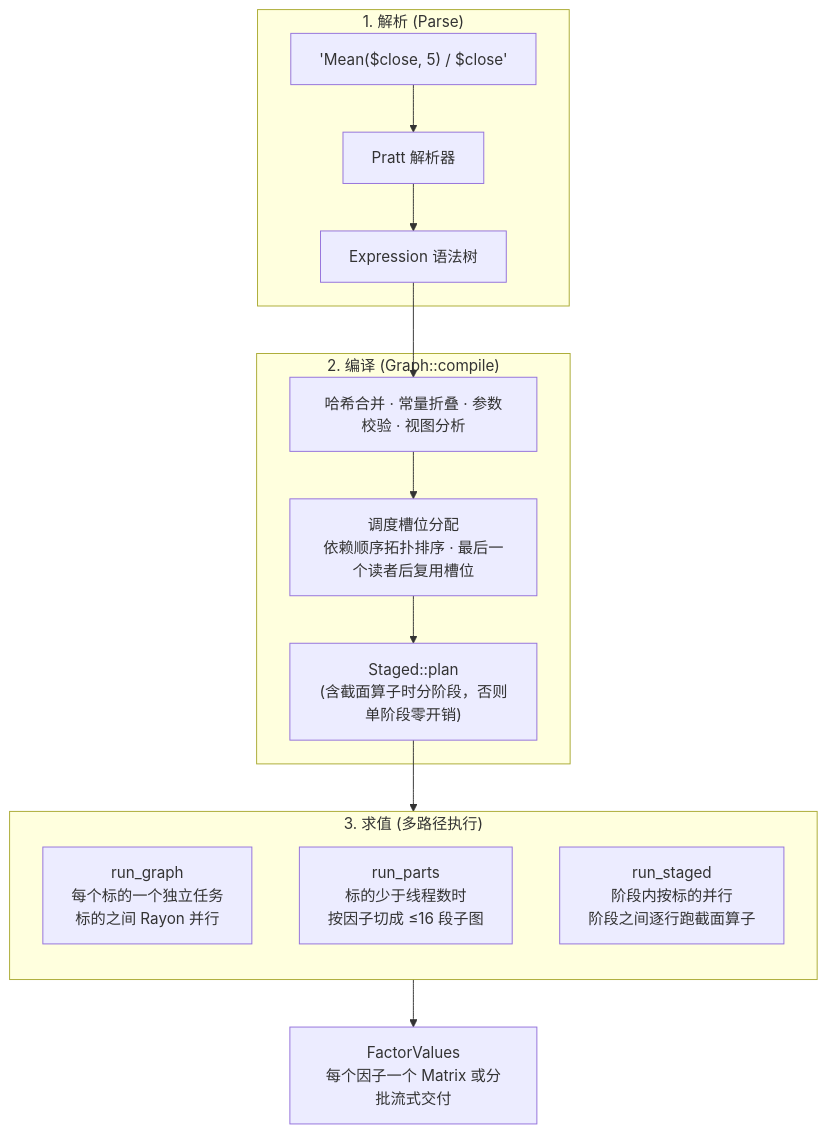
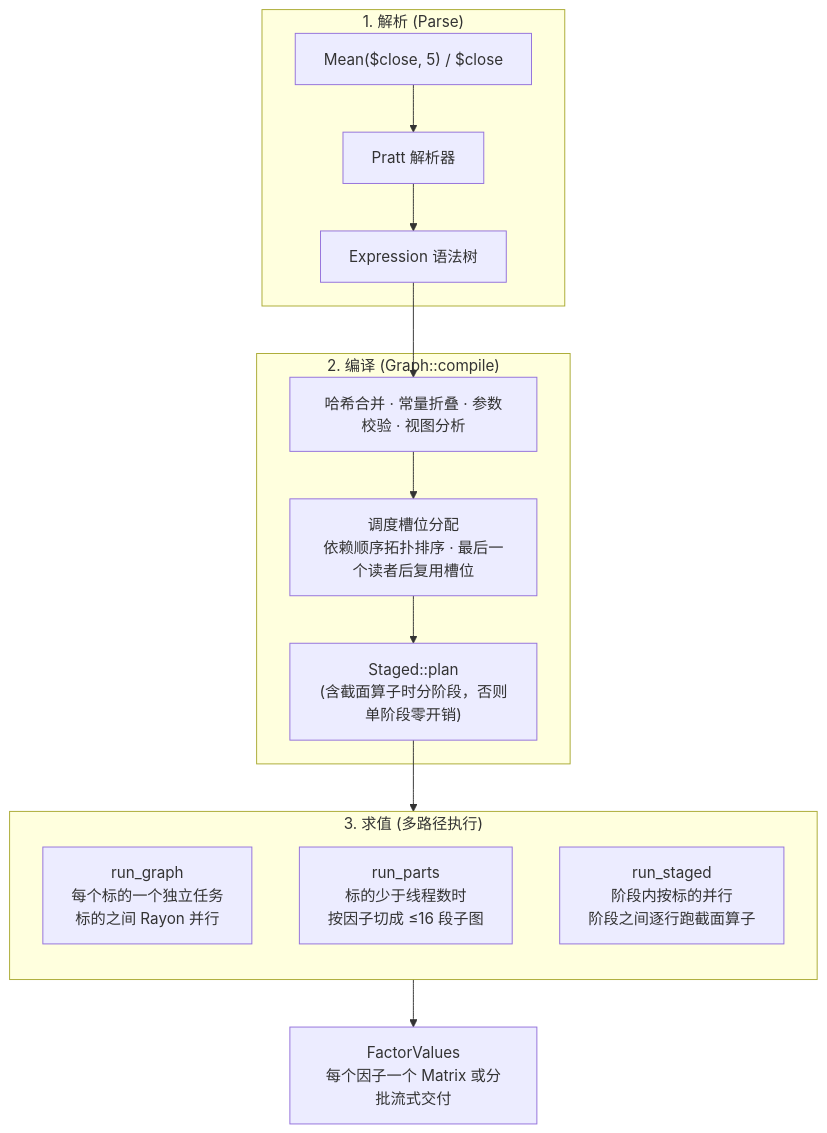
One commit to nivalume/alphax changed the seventh of 9 diagrams in docs/architecture.md. Above: the diagram before and after it, drawn with Mermaid. The commit also changed other lines of this file and 37 other files, not shown here.

````diff
--- a/docs/architecture.md
+++ b/docs/architecture.md
@@ -360,23 +360,23 @@
 ```mermaid
 flowchart TD
     subgraph ParsePhase["1. 解析 (Parse)"]
-        ExprStr["'Mean($close, 5) / $close'"] --> Pratt["Pratt 解析器"]
+        ExprStr["Mean($close, 5) / $close"] --> Pratt["Pratt 解析器"]
         Pratt --> AST["Expression 语法树"]
     end
 
     subgraph CompilePhase["2. 编译 (Graph::compile)"]
         AST --> Opt["哈希合并 · 常量折叠 · 参数校验 · 视图分析"]
         Opt --> Slots["调度槽位分配<br/>依赖顺序拓扑排序 · 最后一个读者后复用槽位"]
         Slots --> Staged["Staged::plan<br/>(含截面算子时分阶段，否则单阶段零开销)"]
     end
 
     subgraph EvalPhase["3. 求值 (多路径执行)"]
         direction TB
         E1["run_graph<br/>每个标的一个独立任务<br/>标的之间 Rayon 并行"]
         E2["run_parts<br/>标的少于线程数时<br/>按因子切成 ≤16 段子图"]
         E3["run_staged<br/>阶段内按标的并行<br/>阶段之间逐行跑截面算子"]
     end
 
     Staged --> EvalPhase
     EvalPhase --> Output["FactorValues<br/>每个因子一个 Matrix 或分批流式交付"]
 ```
````
